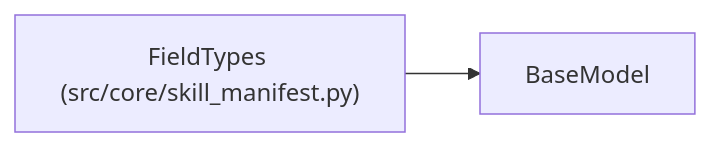
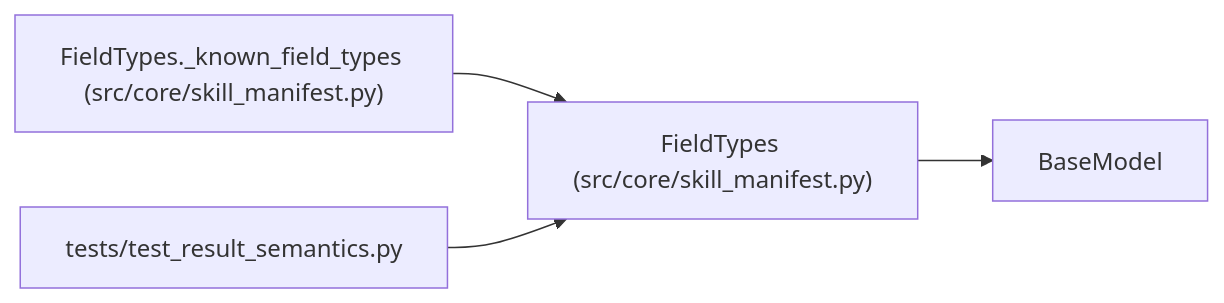
Before and after one commit to Denissvgn/autoresearch-agent: the diagram in docs/llm_wiki/entities/FieldTypes.md, drawn with Mermaid. The commit also changed other lines of this file and 1033 other files, not shown here.

````diff
--- a/docs/llm_wiki/entities/FieldTypes.md
+++ b/docs/llm_wiki/entities/FieldTypes.md
@@ -29,7 +44,13 @@
 ```mermaid
 flowchart LR
     n0["FieldTypes (src/core/skill_manifest.py)"]
     n1["BaseModel"]
+    n2["FieldTypes._known_field_types (src/core/skill_manifest.py)"]
+    n3["tests/test_result_semantics.py"]
     n0 --> n1
+    n2 --> n0
+    n3 --> n0
     click n0 "../modules/skill_manifest.md"
+    click n2 "../modules/skill_manifest.md"
+    click n3 "../modules/test_result_semantics.md"
 ```
````
